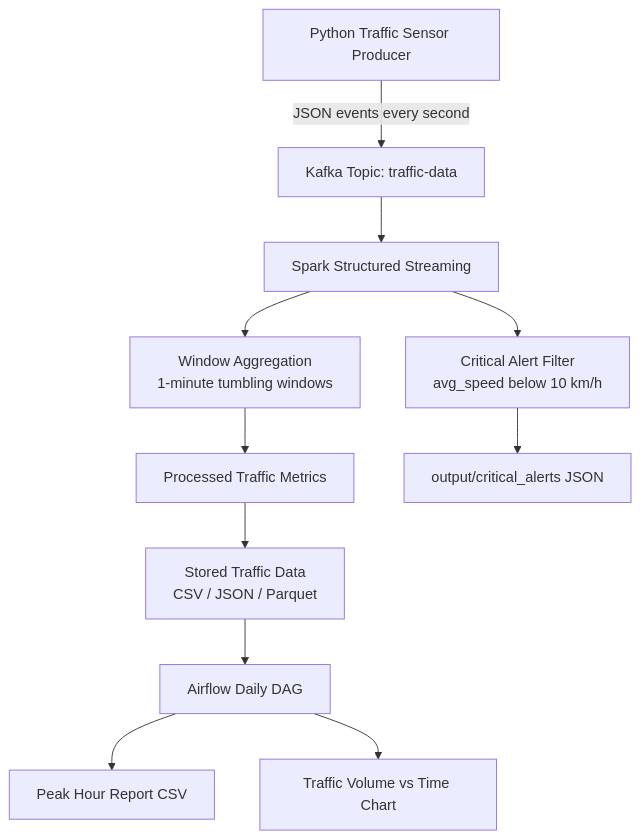
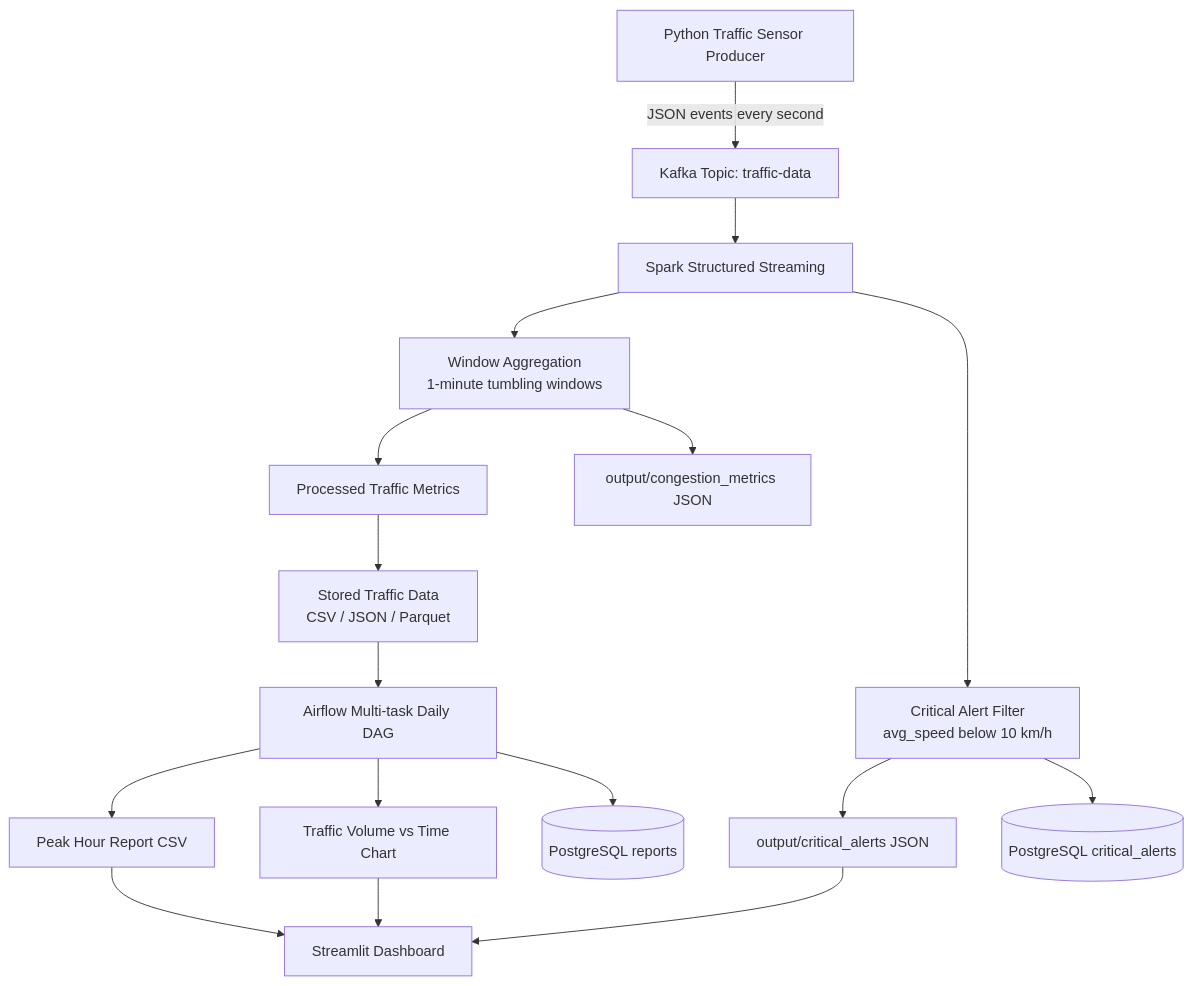
Before and after one commit to HasiniPrasadika/smart-city-traffic-system: the diagram in docs/architecture_diagram.md, drawn with Mermaid. The commit also changed other lines of this file and 11 other files, not shown here.

Commit message:
Enhance traffic reporting and dashboard features; integrate PostgreSQL for data storage and validation

````diff
--- a/docs/architecture_diagram.md
+++ b/docs/architecture_diagram.md
@@ -3,13 +3,19 @@
 ```mermaid
 flowchart TD
     A[Python Traffic Sensor Producer] -->|JSON events every second| B[Kafka Topic: traffic-data]
     B --> C[Spark Structured Streaming]
     C --> D[Window Aggregation<br/>1-minute tumbling windows]
     C --> E[Critical Alert Filter<br/>avg_speed below 10 km/h]
     D --> F[Processed Traffic Metrics]
     E --> G[output/critical_alerts JSON]
+    D --> L[output/congestion_metrics JSON]
+    E --> M[(PostgreSQL critical_alerts)]
     F --> H[Stored Traffic Data<br/>CSV / JSON / Parquet]
-    H --> I[Airflow Daily DAG]
+    H --> I[Airflow Multi-task Daily DAG]
     I --> J[Peak Hour Report CSV]
     I --> K[Traffic Volume vs Time Chart]
+    I --> N[(PostgreSQL reports)]
+    J --> O[Streamlit Dashboard]
+    K --> O
+    G --> O
 ```
````
